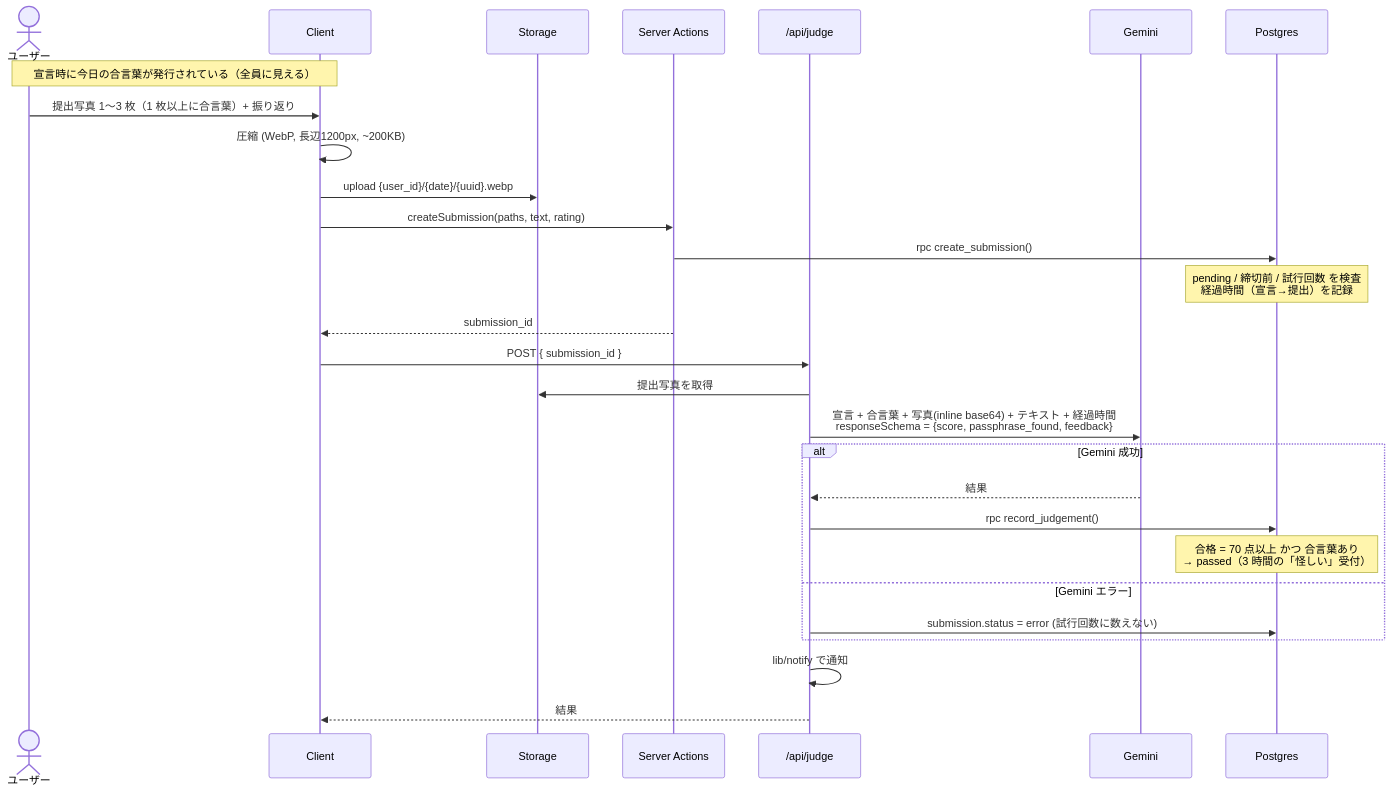
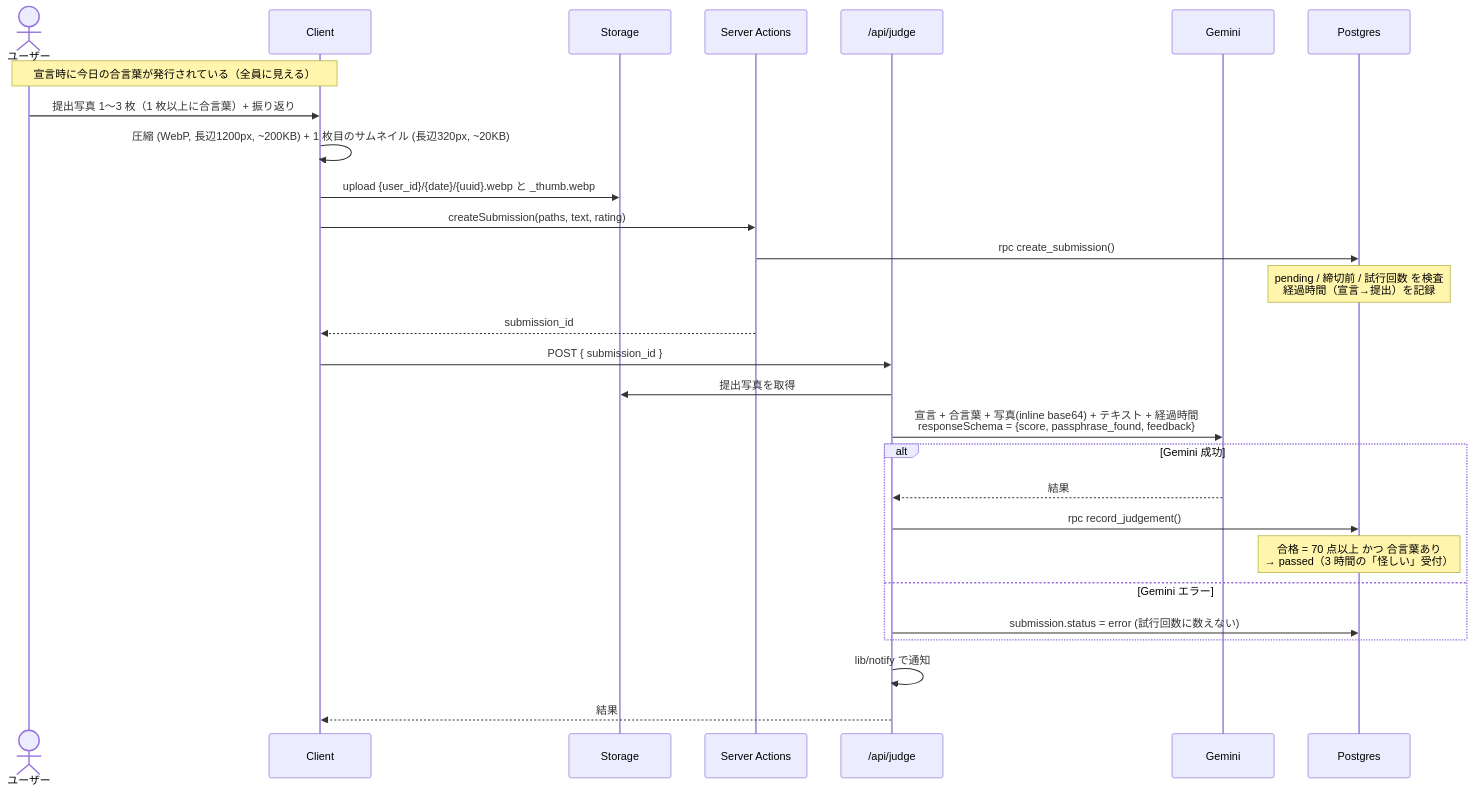
One commit to ashilal1/force-study-app changed the third of 6 diagrams in docs/architecture.md. Above: the diagram before and after it, drawn with Mermaid. The commit also changed other lines of this file and 4 other files, not shown here.

````diff
--- a/docs/architecture.md
+++ b/docs/architecture.md
@@ -75,30 +75,30 @@
 ```mermaid
 sequenceDiagram
     actor U as ユーザー
     participant C as Client
     participant ST as Storage
     participant SA as Server Actions
     participant J as /api/judge
     participant G as Gemini
     participant DB as Postgres
     Note over U,C: 宣言時に今日の合言葉が発行されている（全員に見える）
     U->>C: 提出写真 1〜3 枚（1 枚以上に合言葉）+ 振り返り
-    C->>C: 圧縮 (WebP, 長辺1200px, ~200KB)
-    C->>ST: upload {user_id}/{date}/{uuid}.webp
+    C->>C: 圧縮 (WebP, 長辺1200px, ~200KB) + 1 枚目のサムネイル (長辺320px, ~20KB)
+    C->>ST: upload {user_id}/{date}/{uuid}.webp と _thumb.webp
     C->>SA: createSubmission(paths, text, rating)
     SA->>DB: rpc create_submission()
     Note over DB: pending / 締切前 / 試行回数 を検査<br/>経過時間（宣言→提出）を記録
     SA-->>C: submission_id
     C->>J: POST { submission_id }
     J->>ST: 提出写真を取得
     J->>G: 宣言 + 合言葉 + 写真(inline base64) + テキスト + 経過時間<br/>responseSchema = {score, passphrase_found, feedback}
     alt Gemini 成功
         G-->>J: 結果
         J->>DB: rpc record_judgement()
         Note over DB: 合格 = 70 点以上 かつ 合言葉あり<br/>→ passed（3 時間の「怪しい」受付）
     else Gemini エラー
         J->>DB: submission.status = error (試行回数に数えない)
     end
     J->>J: lib/notify で通知
     J-->>C: 結果
 ```
````
